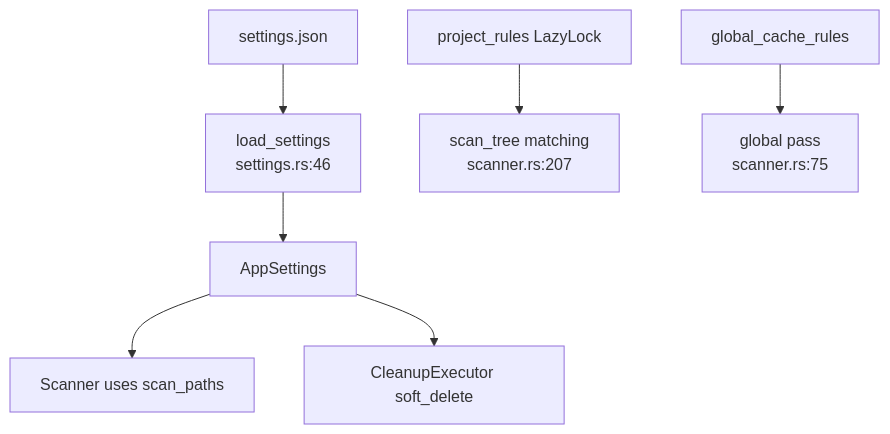
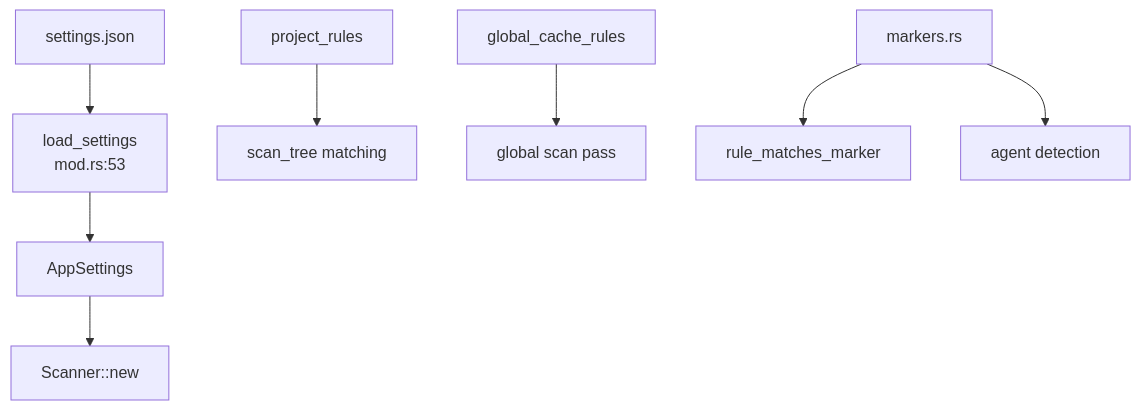
One commit to sopaco/CLV3000-Plus changed the diagram in .terrain/human/4.Deep-Exploration/settings.md. Above: the diagram before and after it, drawn with Mermaid. The commit also changed other lines of this file and 15 other files, not shown here.

````diff
--- a/.terrain/human/4.Deep-Exploration/settings.md
+++ b/.terrain/human/4.Deep-Exploration/settings.md
@@ -56,9 +46,10 @@
 ```mermaid
 flowchart TD
-    A["settings.json"] --> B["load_settings<br/>settings.rs:46"]
+    A["settings.json"] --> B["load_settings<br/>mod.rs:53"]
     B --> C["AppSettings"]
-    C --> D["Scanner uses scan_paths"]
-    C --> E["CleanupExecutor soft_delete"]
-    F["project_rules LazyLock"] --> G["scan_tree matching<br/>scanner.rs:207"]
-    H["global_cache_rules"] --> I["global pass<br/>scanner.rs:75"]
+    C --> D["Scanner::new"]
+    E["project_rules"] --> F["scan_tree matching"]
+    G["global_cache_rules"] --> H["global scan pass"]
+    I["markers.rs"] --> J["rule_matches_marker"]
+    I --> K["agent detection"]
 ```
````
